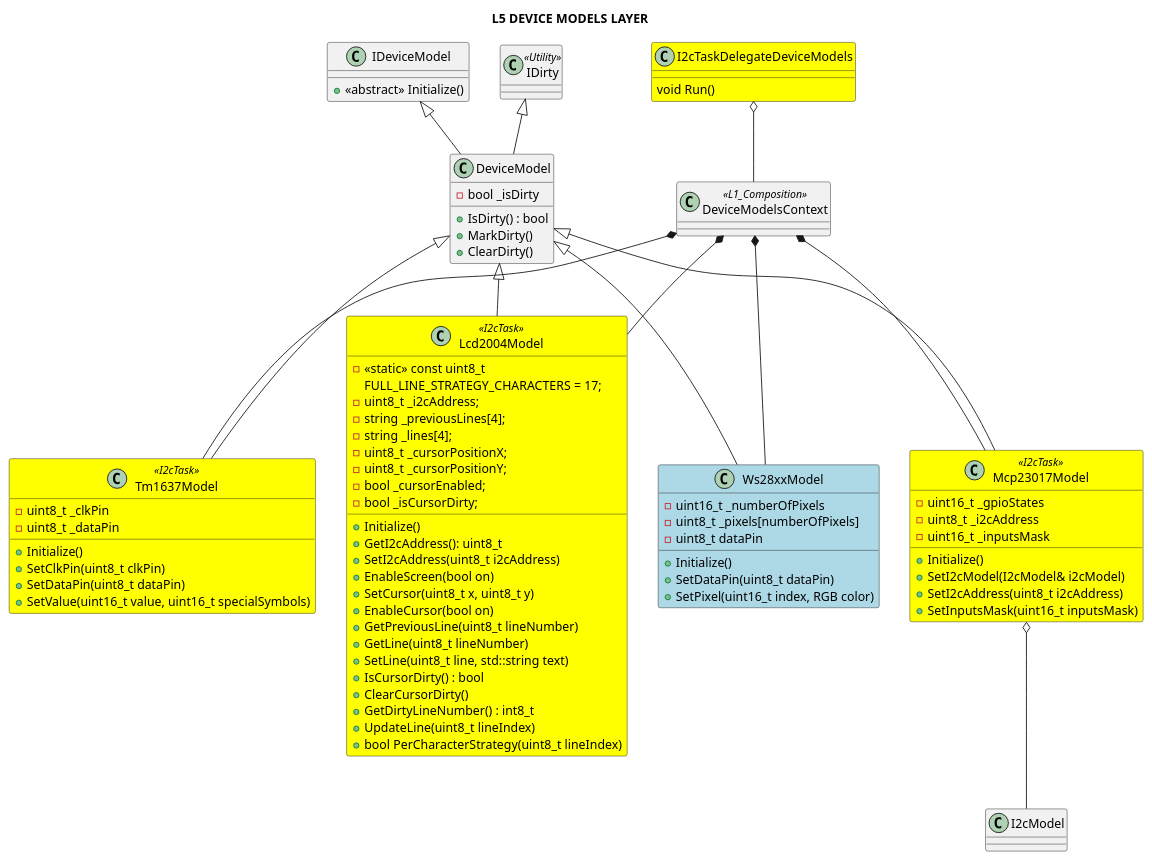
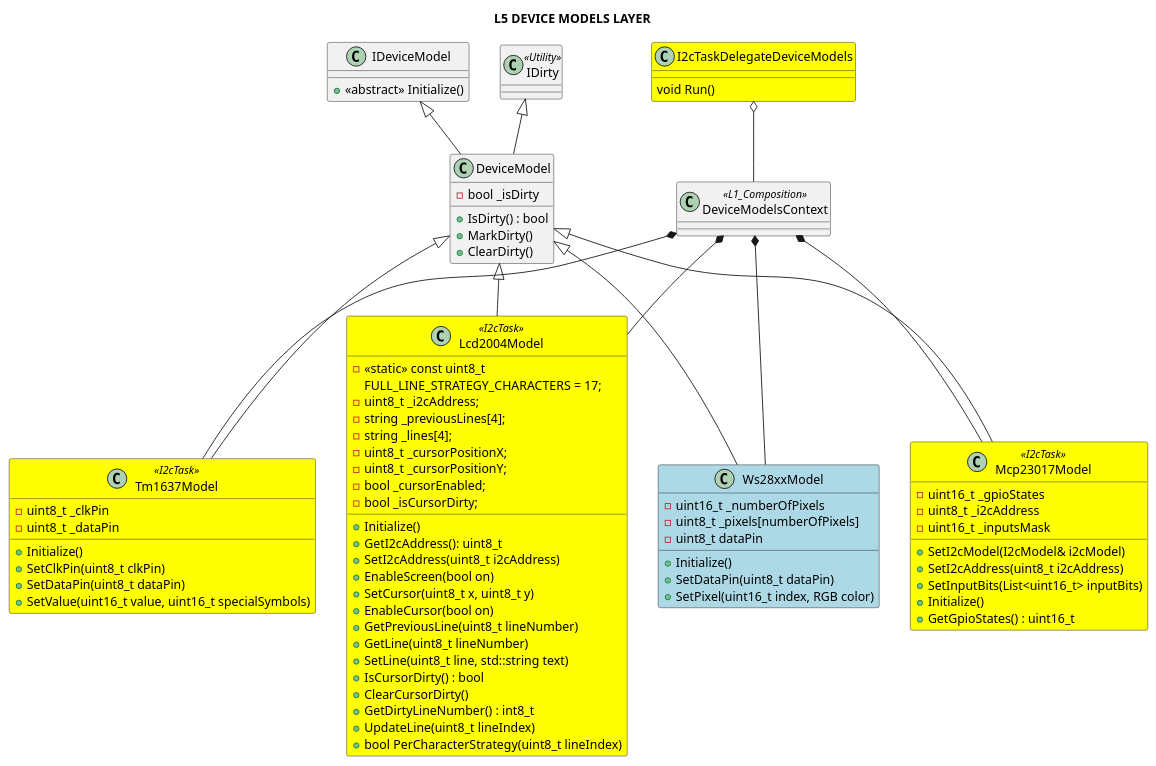
The diagram in Docs/Software Design/Layers/L5_device_models_layer.puml (michelkeijzers/fraxis), drawn with PlantUML before and after one commit. The commit also changed 39 other files, not shown here.

Commit message:
Part of device driver, setting of input mask

```diff
--- a/Docs/Software Design/Layers/L5_device_models_layer.puml
+++ b/Docs/Software Design/Layers/L5_device_models_layer.puml
@@ -1,112 +1,111 @@
 @startuml
 
 title L5 DEVICE MODELS LAYER
 
 skinparam packageStyle rectangle
 skinparam lineThickness 2
 
 class DeviceModelsContext <<L1_Composition>>
 {
 }
 
 class IDirty <<Utility>>
 {
 }
 
 class IDeviceModel
 {
     + <<abstract>> Initialize()
 }
 
 class DeviceModel 
 {
     - bool _isDirty 
     + IsDirty() : bool
     + MarkDirty()
     + ClearDirty()
 }
 
 DeviceModel -u-|> IDeviceModel
 DeviceModel -u-|> IDirty
 
 class Ws28xxModel #lightblue
 {
     - uint16_t _numberOfPixels
     - uint8_t _pixels[numberOfPixels]
     - uint8_t dataPin
     + Initialize()
     + SetDataPin(uint8_t dataPin)
     + SetPixel(uint16_t index, RGB color)
 }
 
 Ws28xxModel -u-|> DeviceModel
 
 class I2cTaskDelegateDeviceModels #yellow
 {
     void Run()
 }
 
 class Mcp23017Model <<I2cTask>> #yellow
 {
     - uint16_t _gpioStates
     - uint8_t _i2cAddress
     - uint16_t _inputsMask
-    + Initialize()
     + SetI2cModel(I2cModel& i2cModel)
     + SetI2cAddress(uint8_t i2cAddress) 
-    + SetInputsMask(uint16_t inputsMask)
+    + SetInputBits(List<uint16_t> inputBits)
+    + Initialize()
+    + GetGpioStates() : uint16_t
 }
 
 Mcp23017Model -u-|> DeviceModel
-
-Mcp23017Model o-- I2cModel
 
 class Tm1637Model <<I2cTask>> #yellow
 {
     - uint8_t _clkPin
     - uint8_t _dataPin
     + Initialize()
     + SetClkPin(uint8_t clkPin)
     + SetDataPin(uint8_t dataPin)
     + SetValue(uint16_t value, uint16_t specialSymbols)
 }
 
 Tm1637Model -u-|> DeviceModel
 
 class Lcd2004Model <<I2cTask>> #yellow
 {
     + Initialize()
     + GetI2cAddress(): uint8_t
     + SetI2cAddress(uint8_t i2cAddress) 
     + EnableScreen(bool on)
     + SetCursor(uint8_t x, uint8_t y)
     + EnableCursor(bool on)
     + GetPreviousLine(uint8_t lineNumber) 
     + GetLine(uint8_t lineNumber)
     + SetLine(uint8_t line, std::string text)
     + IsCursorDirty() : bool
     + ClearCursorDirty()
     + GetDirtyLineNumber() : int8_t
     + UpdateLine(uint8_t lineIndex)
     + bool PerCharacterStrategy(uint8_t lineIndex)
     - <<static>> const uint8_t 
         FULL_LINE_STRATEGY_CHARACTERS = 17;
     - uint8_t _i2cAddress;
     - string _previousLines[4];
     - string _lines[4];
     - uint8_t _cursorPositionX;
     - uint8_t _cursorPositionY;  
     - bool _cursorEnabled;
     - bool _isCursorDirty;
 }
 
 Lcd2004Model -u-|> DeviceModel
 
 DeviceModelsContext *-- Ws28xxModel
 DeviceModelsContext *-- Mcp23017Model
 DeviceModelsContext *-- Tm1637Model
 DeviceModelsContext *-- Lcd2004Model
 
 I2cTaskDelegateDeviceModels o-- DeviceModelsContext
 
 @enduml
```
